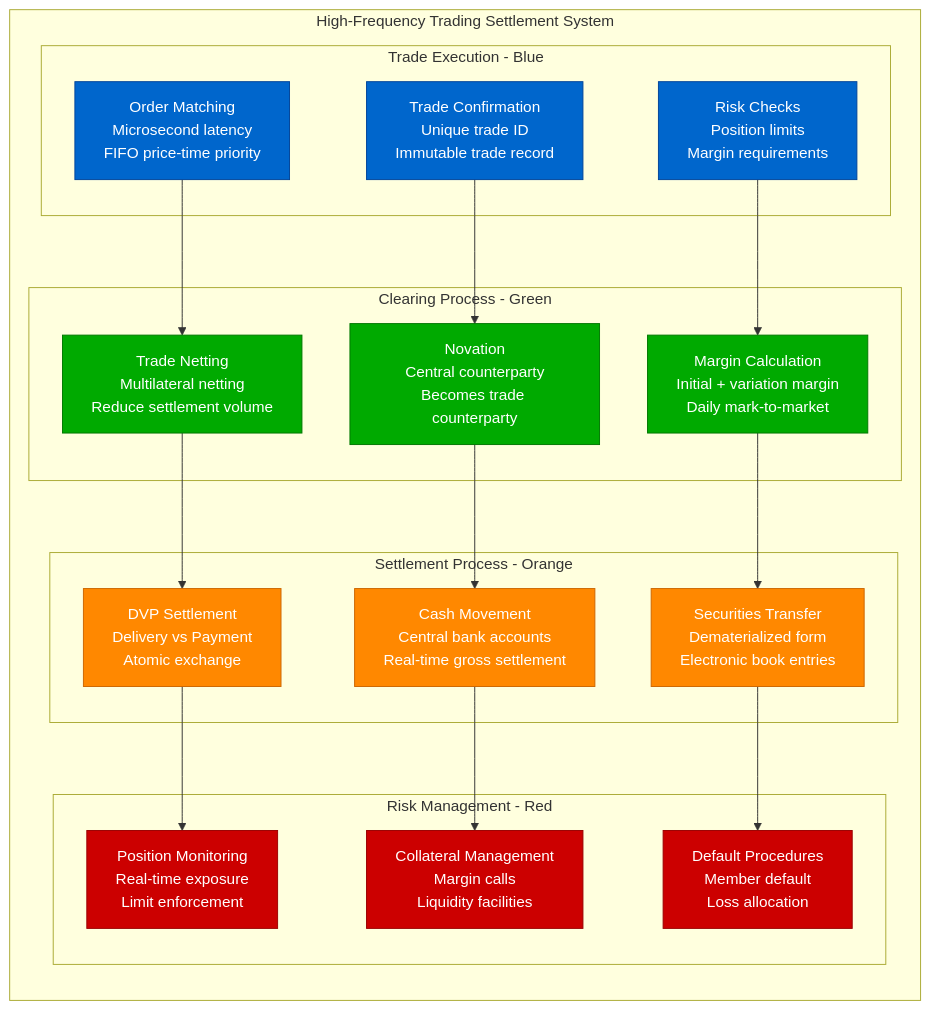
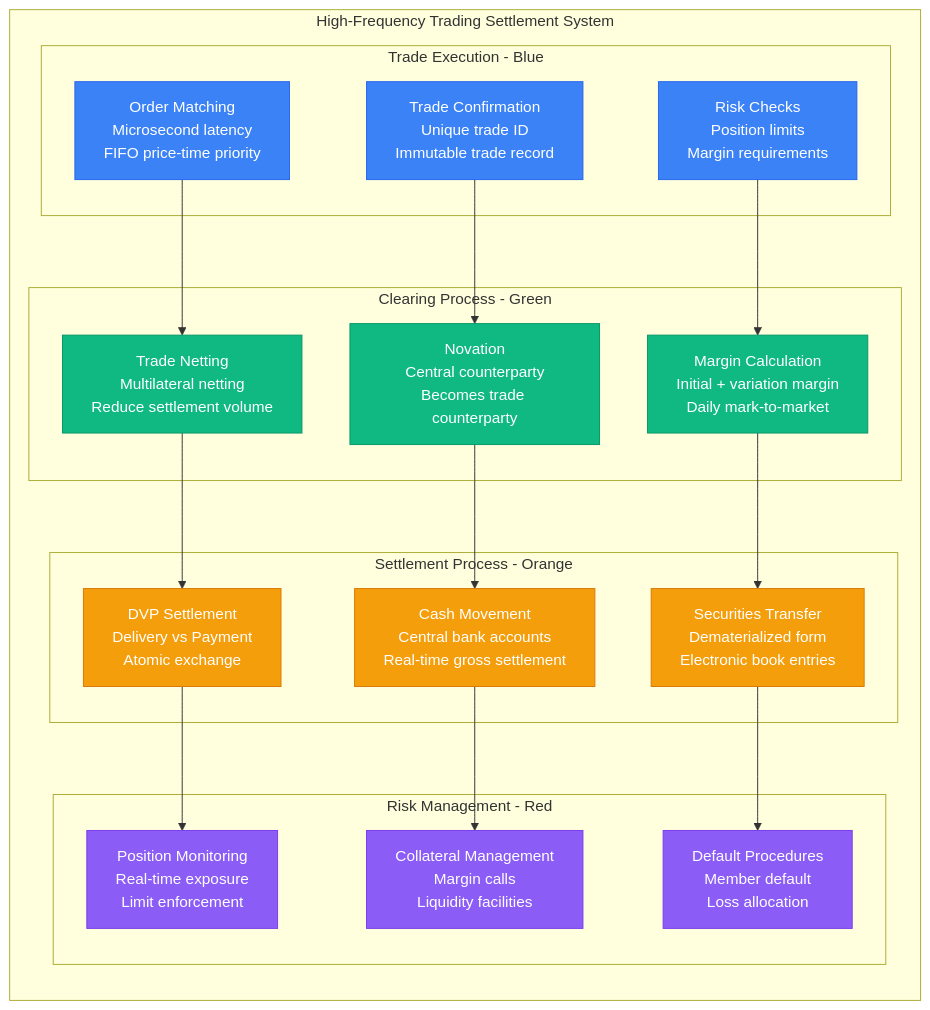
The fifth of 9 diagrams in site/docs/guarantees/exactly-once/exactly-once-payment.md (deepaucksharma/DS), drawn with Mermaid before and after one commit. The commit also changed other lines of this file and 303 other files, not shown here.

````diff
--- a/site/docs/guarantees/exactly-once/exactly-once-payment.md
+++ b/site/docs/guarantees/exactly-once/exactly-once-payment.md
@@ -221,50 +221,50 @@
 ```mermaid
 graph LR
     subgraph HFTSettlement[High-Frequency Trading Settlement System]
         subgraph TradeExecution[Trade Execution - Blue]
             TE1[Order Matching<br/>Microsecond latency<br/>FIFO price-time priority]
             TE2[Trade Confirmation<br/>Unique trade ID<br/>Immutable trade record]
             TE3[Risk Checks<br/>Position limits<br/>Margin requirements]
         end
 
         subgraph ClearingProcess[Clearing Process - Green]
             CP1[Trade Netting<br/>Multilateral netting<br/>Reduce settlement volume]
             CP2[Novation<br/>Central counterparty<br/>Becomes trade counterparty]
             CP3[Margin Calculation<br/>Initial + variation margin<br/>Daily mark-to-market]
         end
 
         subgraph SettlementProcess[Settlement Process - Orange]
             SP1[DVP Settlement<br/>Delivery vs Payment<br/>Atomic exchange]
             SP2[Cash Movement<br/>Central bank accounts<br/>Real-time gross settlement]
             SP3[Securities Transfer<br/>Dematerialized form<br/>Electronic book entries]
         end
 
         subgraph RiskManagement[Risk Management - Red]
             RM1[Position Monitoring<br/>Real-time exposure<br/>Limit enforcement]
             RM2[Collateral Management<br/>Margin calls<br/>Liquidity facilities]
             RM3[Default Procedures<br/>Member default<br/>Loss allocation]
         end
     end
 
     TE1 --> CP1
     TE2 --> CP2
     TE3 --> CP3
 
     CP1 --> SP1
     CP2 --> SP2
     CP3 --> SP3
 
     SP1 --> RM1
     SP2 --> RM2
     SP3 --> RM3
 
-    classDef executionStyle fill:#0066CC,stroke:#004499,color:#fff
-    classDef clearingStyle fill:#00AA00,stroke:#007700,color:#fff
-    classDef settlementStyle fill:#FF8800,stroke:#CC6600,color:#fff
-    classDef riskStyle fill:#CC0000,stroke:#990000,color:#fff
+    classDef executionStyle fill:#3B82F6,stroke:#2563EB,color:#fff
+    classDef clearingStyle fill:#10B981,stroke:#059669,color:#fff
+    classDef settlementStyle fill:#F59E0B,stroke:#D97706,color:#fff
+    classDef riskStyle fill:#8B5CF6,stroke:#7C3AED,color:#fff
 
     class TE1,TE2,TE3 executionStyle
     class CP1,CP2,CP3 clearingStyle
     class SP1,SP2,SP3 settlementStyle
     class RM1,RM2,RM3 riskStyle
 ```
````
